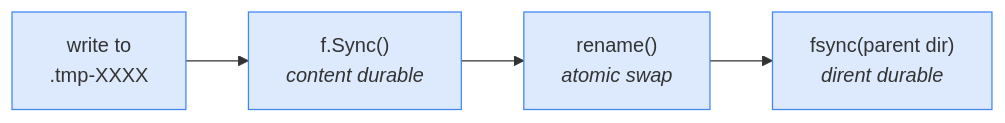
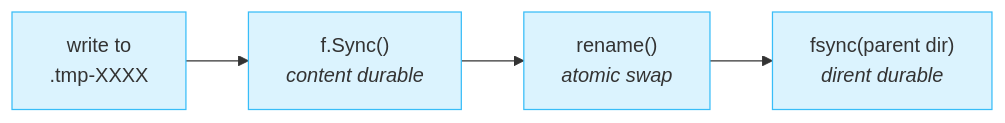
One commit to carlosprados/ota-updater changed the fifth of 5 diagrams in site/content/architecture/_index.md. Above: the diagram before and after it, drawn with Mermaid. The commit also changed other lines of this file and 17 other files, not shown here.

````diff
--- a/site/content/architecture/_index.md
+++ b/site/content/architecture/_index.md
@@ -189,9 +190,9 @@
 ```mermaid
 flowchart LR
     W["write to<br/>.tmp-XXXX"] --> S["f.Sync()<br/><i>content durable</i>"]
     S --> R["rename()<br/><i>atomic swap</i>"]
     R --> D["fsync(parent dir)<br/><i>dirent durable</i>"]
 
-    classDef step fill:#4285f42e,stroke:#4285f4
+    classDef step fill:#38bdf82e,stroke:#38bdf8
     class W,S,R,D step
 ```
````
